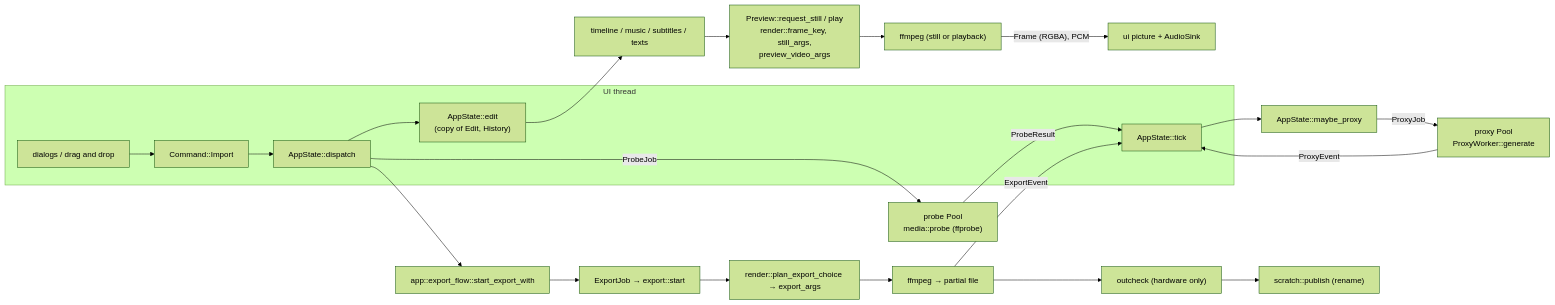
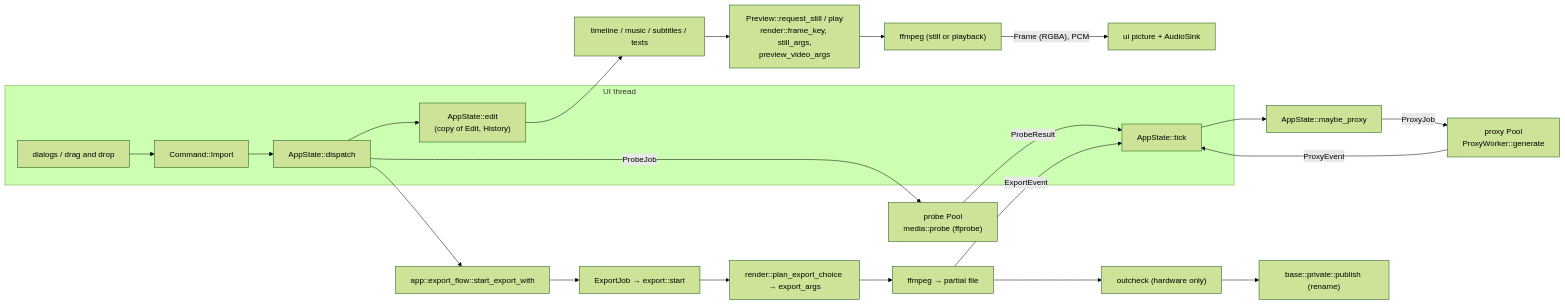
One commit to andrealorenzani/videolore changed the second of 4 diagrams in docs/code-architecture.md. Above: the diagram before and after it, drawn with Mermaid (forest theme). The commit also changed other lines of this file and 81 other files, not shown here.

````diff
--- a/docs/code-architecture.md
+++ b/docs/code-architecture.md
@@ -85,25 +94,25 @@
 ```mermaid
 flowchart LR
   subgraph UIT["UI thread"]
     D["dialogs / drag and drop"] --> C["Command::Import"]
     C --> AS["AppState::dispatch"]
     AS --> ED["AppState::edit<br/>(copy of Edit, History)"]
     T["AppState::tick"]
   end
   AS -->|"ProbeJob"| PP["probe Pool<br/>media::probe (ffprobe)"]
   PP -->|"ProbeResult"| T
   T --> MP["AppState::maybe_proxy"]
   MP -->|"ProxyJob"| PX["proxy Pool<br/>ProxyWorker::generate"]
   PX -->|"ProxyEvent"| T
   ED --> TL["timeline / music / subtitles / texts"]
   TL --> PV["Preview::request_still / play<br/>render::frame_key, still_args,<br/>preview_video_args"]
   PV --> FF1["ffmpeg (still or playback)"]
   FF1 -->|"Frame (RGBA), PCM"| UI2["ui picture + AudioSink"]
   AS --> EF["app::export_flow::start_export_with"]
   EF --> EJ["ExportJob → export::start"]
   EJ --> PL["render::plan_export_choice → export_args"]
   PL --> FF2["ffmpeg → partial file"]
   FF2 --> OC["outcheck (hardware only)"]
-  OC --> PUB["scratch::publish (rename)"]
+  OC --> PUB["base::private::publish (rename)"]
   FF2 -->|"ExportEvent"| T
 ```
````
